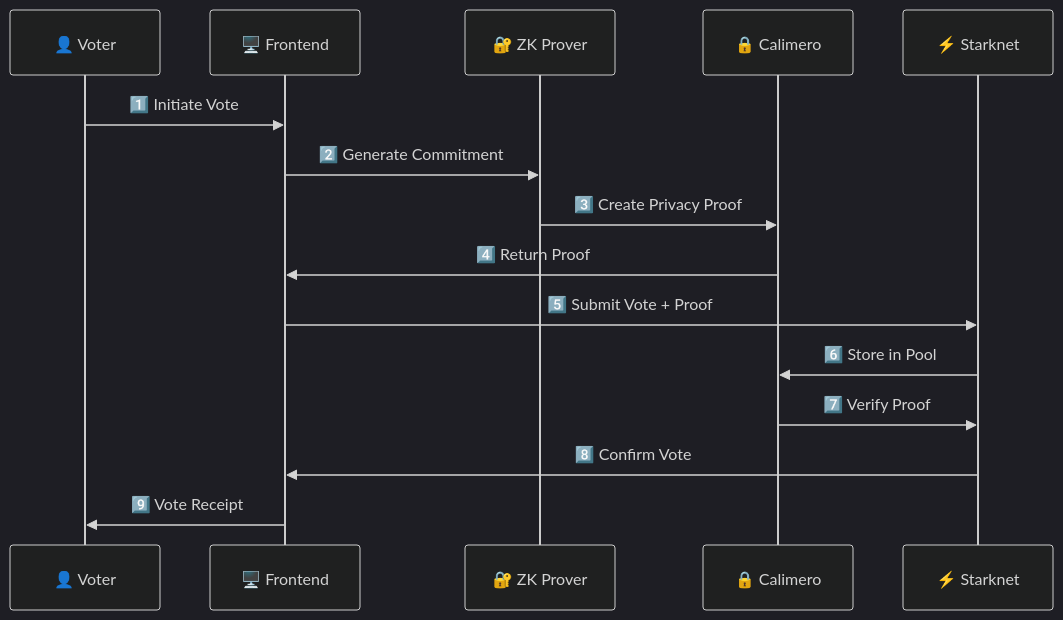
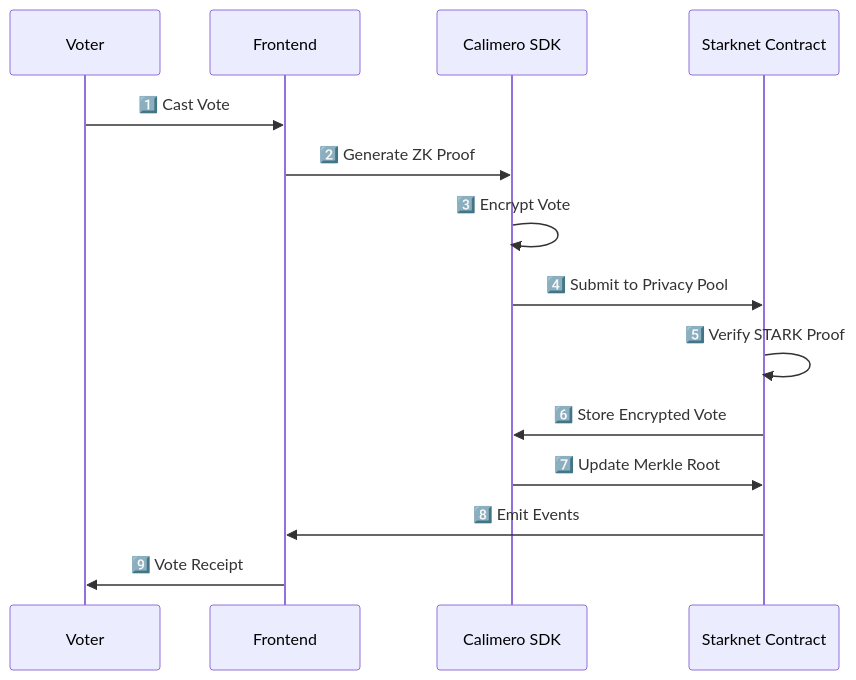
One commit to himanshu-sugha/calVote changed the second of 3 diagrams in README.md. Above: the diagram before and after it, drawn with Mermaid. The commit also changed other lines of this file and 1 other file, not shown here.

````diff
--- a/README.md
+++ b/README.md
@@ -72,19 +102,17 @@
 ```mermaid
-%%{init: {'theme': 'dark', 'themeVariables': { 'primaryColor': '#6C5CE7', 'secondaryColor': '#00B894', 'tertiaryColor': '#FD79A8'}}}%%
 sequenceDiagram
-    participant V as 👤 Voter
-    participant UI as 🖥️ Frontend
-    participant ZK as 🔐 ZK Prover
-    participant C as 🔒 Calimero
-    participant S as ⚡ Starknet
-
-    V->>UI: 1️⃣ Initiate Vote
-    UI->>ZK: 2️⃣ Generate Commitment
-    ZK->>C: 3️⃣ Create Privacy Proof
-    C->>UI: 4️⃣ Return Proof
-    UI->>S: 5️⃣ Submit Vote + Proof
-    S->>C: 6️⃣ Store in Pool
-    C->>S: 7️⃣ Verify Proof
-    S->>UI: 8️⃣ Confirm Vote
+    participant V as Voter
+    participant UI as Frontend
+    participant C as Calimero SDK
+    participant S as Starknet Contract
+    
+    V->>UI: 1️⃣ Cast Vote
+    UI->>C: 2️⃣ Generate ZK Proof
+    C->>C: 3️⃣ Encrypt Vote
+    C->>S: 4️⃣ Submit to Privacy Pool
+    S->>S: 5️⃣ Verify STARK Proof
+    S->>C: 6️⃣ Store Encrypted Vote
+    C->>S: 7️⃣ Update Merkle Root
+    S->>UI: 8️⃣ Emit Events
     UI->>V: 9️⃣ Vote Receipt
 ```
````
